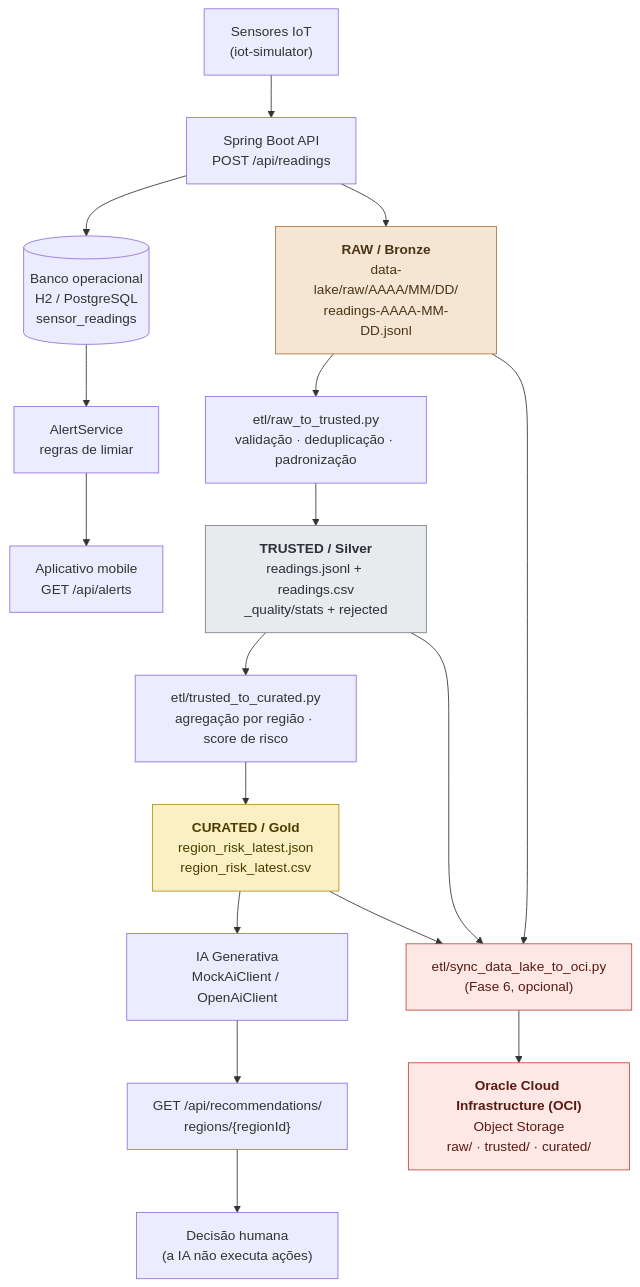
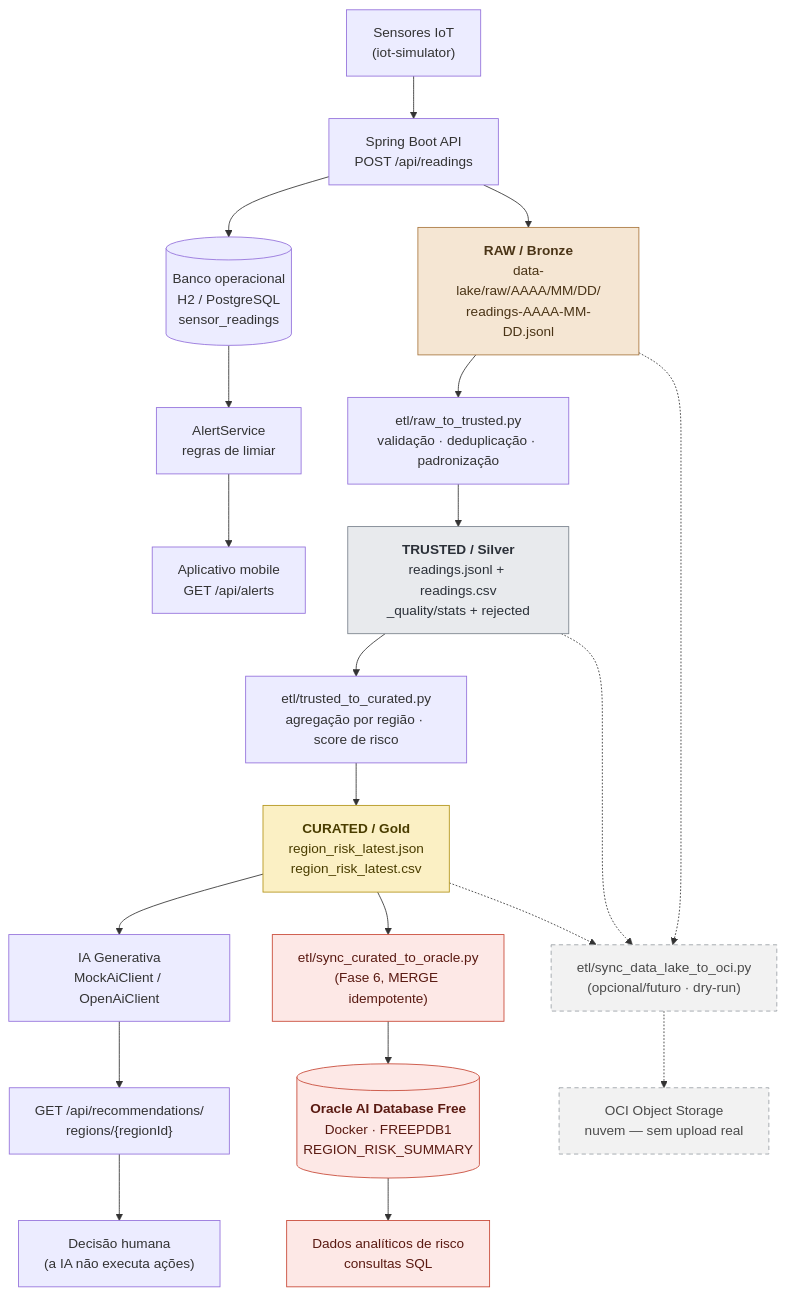
Before and after one commit to Vitorfs2509/orbital-alert-fiap-gs2026: the diagram in docs/data-lake-architecture.md, drawn with Mermaid. The commit also changed other lines of this file and 16 other files, not shown here.

````diff
--- a/docs/data-lake-architecture.md
+++ b/docs/data-lake-architecture.md
@@ -15,31 +15,37 @@
 ```mermaid
 flowchart TD
     S["Sensores IoT<br/>(iot-simulator)"] --> API["Spring Boot API<br/>POST /api/readings"]
 
     API --> DB[("Banco operacional<br/>H2 / PostgreSQL<br/>sensor_readings")]
     DB --> ALERT["AlertService<br/>regras de limiar"]
     ALERT --> MOB["Aplicativo mobile<br/>GET /api/alerts"]
 
     API --> RAW["<b>RAW / Bronze</b><br/>data-lake/raw/AAAA/MM/DD/<br/>readings-AAAA-MM-DD.jsonl"]
     RAW --> ETL1["etl/raw_to_trusted.py<br/>validação · deduplicação · padronização"]
     ETL1 --> TRUSTED["<b>TRUSTED / Silver</b><br/>readings.jsonl + readings.csv<br/>_quality/stats + rejected"]
     TRUSTED --> ETL2["etl/trusted_to_curated.py<br/>agregação por região · score de risco"]
     ETL2 --> CURATED["<b>CURATED / Gold</b><br/>region_risk_latest.json<br/>region_risk_latest.csv"]
     CURATED --> AI["IA Generativa<br/>MockAiClient / OpenAiClient"]
     AI --> REC["GET /api/recommendations/<br/>regions/{regionId}"]
     REC --> DEC["Decisão humana<br/>(a IA não executa ações)"]
 
-    RAW --> SYNC["etl/sync_data_lake_to_oci.py<br/>(Fase 6, opcional)"]
-    TRUSTED --> SYNC
-    CURATED --> SYNC
-    SYNC --> OCI["<b>Oracle Cloud Infrastructure (OCI)</b><br/>Object Storage<br/>raw/ · trusted/ · curated/"]
+    CURATED --> SYNCDB["etl/sync_curated_to_oracle.py<br/>(Fase 6, MERGE idempotente)"]
+    SYNCDB --> ORADB[("<b>Oracle AI Database Free</b><br/>Docker · FREEPDB1<br/>REGION_RISK_SUMMARY")]
+    ORADB --> ANA["Dados analíticos de risco<br/>consultas SQL"]
+
+    RAW -.-> SYNC["etl/sync_data_lake_to_oci.py<br/>(opcional/futuro · dry-run)"]
+    TRUSTED -.-> SYNC
+    CURATED -.-> SYNC
+    SYNC -.-> OCI["OCI Object Storage<br/>nuvem — sem upload real"]
 
     classDef bronze fill:#f5e6d3,stroke:#a9773f,color:#4a3416
     classDef silver fill:#e8eaed,stroke:#7a828c,color:#2b3038
     classDef gold fill:#fbf0c4,stroke:#b39418,color:#4a3d00
     classDef oracle fill:#fde8e6,stroke:#c74634,color:#5a1a12
+    classDef future fill:#f2f2f2,stroke:#9aa0a6,color:#4a4a4a,stroke-dasharray:5 4
     class RAW bronze
     class TRUSTED silver
     class CURATED gold
-    class SYNC,OCI oracle
+    class SYNCDB,ORADB,ANA oracle
+    class SYNC,OCI future
 ```
````
